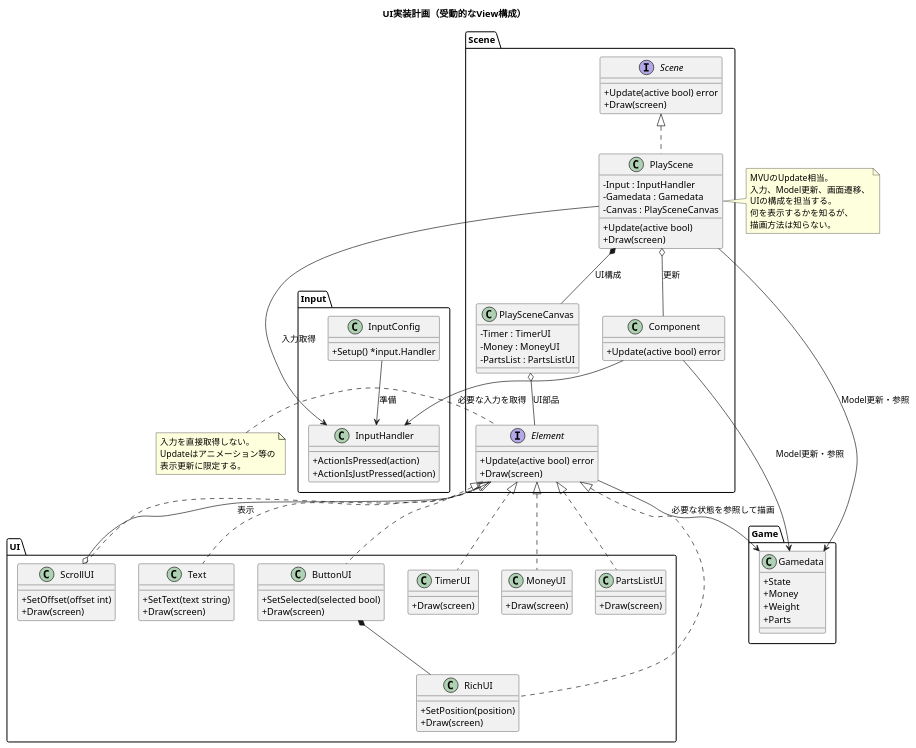
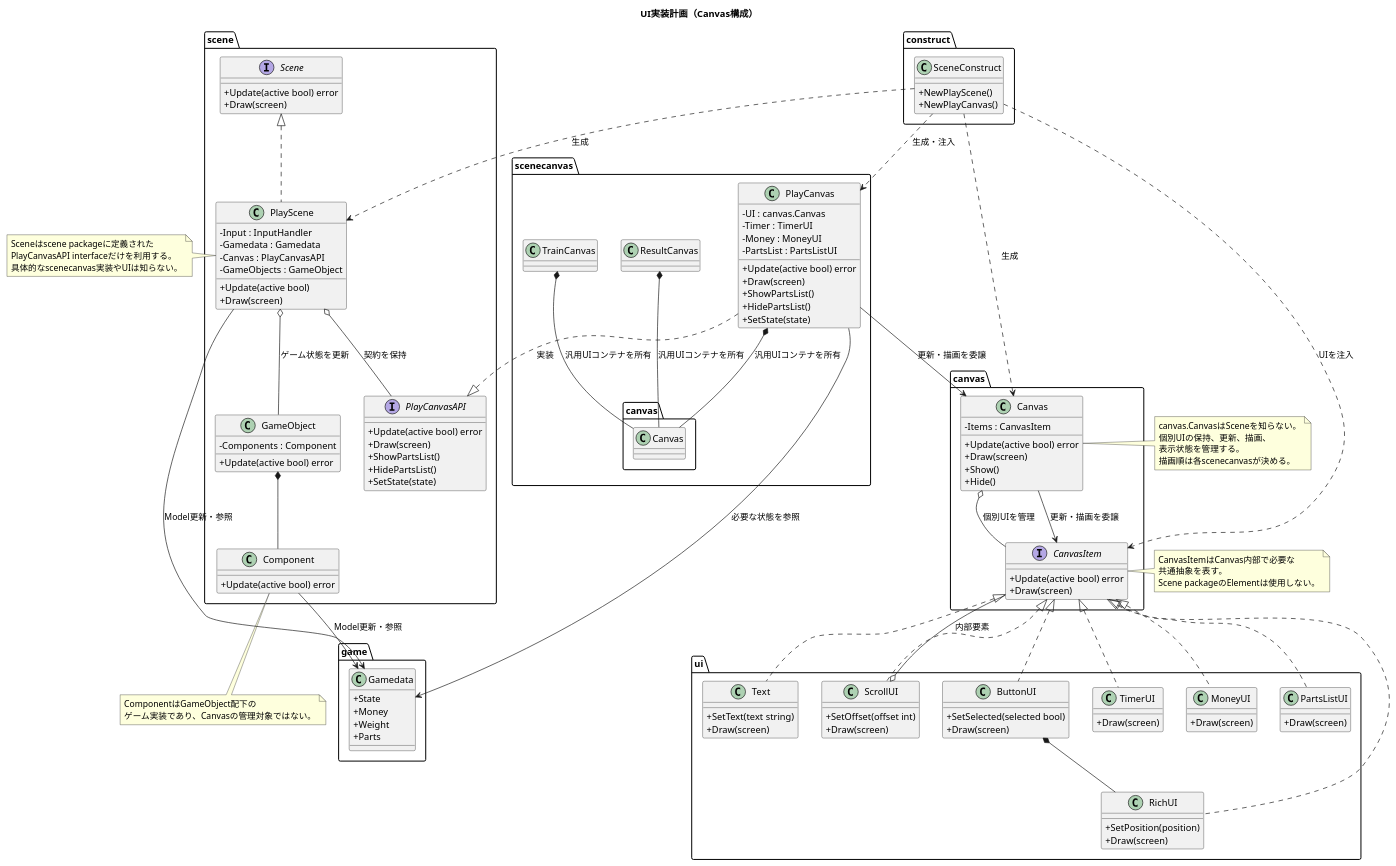
One commit to kmc-jp/Gamedev_Tempura-of-p--Phenylazo-phenol changed the diagram in Docs/UIRefactoring/UI_architecture_class_diagram.puml. Above: the diagram before and after it, drawn with PlantUML. The commit also changed 2 other files, not shown here.

```diff
--- a/Docs/UIRefactoring/UI_architecture_class_diagram.puml
+++ b/Docs/UIRefactoring/UI_architecture_class_diagram.puml
@@ -1,127 +1,192 @@
 @startuml UIArchitecture
-title UI実装計画（受動的なView構成）
+title UI実装計画（Canvas構成）
 
 skinparam classAttributeIconSize 0
 
-package "Input" {
-    class InputConfig {
-        +Setup() *input.Handler
-    }
+' package "input" {
+'     class InputConfig {
+'         +Setup() *input.Handler
+'     }
 
-    class InputHandler {
-        +ActionIsPressed(action)
-        +ActionIsJustPressed(action)
-    }
+'     class InputHandler {
+'         +ActionIsPressed(action)
+'         +ActionIsJustPressed(action)
+'     }
 
-    InputConfig --> InputHandler : 準備
-}
+'     InputConfig --> InputHandler : 準備
+' }
 
-package "Game" {
+package "game" {
     class Gamedata {
         +State
         +Money
         +Weight
         +Parts
     }
 }
 
-package "Scene" {
+package "scene" {
     interface Scene {
         +Update(active bool) error
         +Draw(screen)
     }
 
     class PlayScene {
         -Input : InputHandler
         -Gamedata : Gamedata
-        -Canvas : PlaySceneCanvas
+        -Canvas : PlayCanvasAPI
+        -GameObjects : GameObject
         +Update(active bool)
         +Draw(screen)
     }
 
-    class PlaySceneCanvas {
-        -Timer : TimerUI
-        -Money : MoneyUI
-        -PartsList : PartsListUI
+    interface PlayCanvasAPI {
+        +Update(active bool) error
+        +Draw(screen)
+        +ShowPartsList()
+        +HidePartsList()
+        +SetState(state)
+    }
+
+    class GameObject {
+        -Components : Component
+        +Update(active bool) error
     }
 
     class Component {
         +Update(active bool) error
     }
 
-    interface Element {
+    Scene <|.. PlayScene
+    PlayScene o-- GameObject : ゲーム状態を更新
+    GameObject *-- Component
+}
+
+package "scenecanvas" {
+    class PlayCanvas {
+        -UI : canvas.Canvas
+        -Timer : TimerUI
+        -Money : MoneyUI
+        -PartsList : PartsListUI
+        +Update(active bool) error
+        +Draw(screen)
+        +ShowPartsList()
+        +HidePartsList()
+        +SetState(state)
+    }
+
+    class ResultCanvas
+    class TrainCanvas
+
+    PlayCanvas ..|> scene.PlayCanvasAPI : 実装
+    PlayCanvas *-- canvas.Canvas : 汎用UIコンテナを所有
+    ResultCanvas *-- canvas.Canvas : 汎用UIコンテナを所有
+    TrainCanvas *-- canvas.Canvas : 汎用UIコンテナを所有
+}
+
+package "canvas" {
+    class Canvas {
+        -Items : CanvasItem
+        +Update(active bool) error
+        +Draw(screen)
+        +Show()
+        +Hide()
+    }
+
+    interface CanvasItem {
         +Update(active bool) error
         +Draw(screen)
     }
 
-    Scene <|.. PlayScene
-    PlayScene o-- Component : 更新
-    PlayScene *-- PlaySceneCanvas : UI構成
+    Canvas o-- CanvasItem : 個別UIを管理
 }
 
-package "UI" {
+package "ui" {
     class Text {
         +SetText(text string)
         +Draw(screen)
     }
 
     class RichUI {
         +SetPosition(position)
         +Draw(screen)
     }
 
     class ButtonUI {
         +SetSelected(selected bool)
         +Draw(screen)
     }
 
     class ScrollUI {
         +SetOffset(offset int)
         +Draw(screen)
     }
 
     class TimerUI {
         +Draw(screen)
     }
 
     class MoneyUI {
         +Draw(screen)
     }
 
     class PartsListUI {
         +Draw(screen)
     }
 
-    Element <|.. Text
-    Element <|.. RichUI
-    Element <|.. ButtonUI
-    Element <|.. ScrollUI
-    Element <|.. TimerUI
-    Element <|.. MoneyUI
-    Element <|.. PartsListUI
+    CanvasItem <|.. Text
+    CanvasItem <|.. RichUI
+    CanvasItem <|.. ButtonUI
+    CanvasItem <|.. ScrollUI
+    CanvasItem <|.. TimerUI
+    CanvasItem <|.. MoneyUI
+    CanvasItem <|.. PartsListUI
     ButtonUI *-- RichUI
-    ScrollUI o-- Element : 表示
+    ScrollUI o-- CanvasItem : 内部要素
 }
 
-PlayScene --> InputHandler : 入力取得
+package "construct" {
+    class SceneConstruct {
+        +NewPlayScene()
+        +NewPlayCanvas()
+    }
+}
+
+' PlayScene --> InputHandler : 入力取得
 PlayScene --> Gamedata : Model更新・参照
-PlaySceneCanvas o-- Element : UI部品
-Element --> Gamedata : 必要な状態を参照して描画
-Component --> InputHandler : 必要な入力を取得
+PlayScene o-- scene.PlayCanvasAPI : 契約を保持
+PlayCanvas --> Gamedata : 必要な状態を参照
+PlayCanvas --> canvas.Canvas : 更新・描画を委譲
+canvas.Canvas --> CanvasItem : 更新・描画を委譲
+' Component --> InputHandler : 必要な入力を取得
 Component --> Gamedata : Model更新・参照
+SceneConstruct ..> PlayScene : 生成
+SceneConstruct ..> PlayCanvas : 生成・注入
+SceneConstruct ..> canvas.Canvas : 生成
+SceneConstruct ..> CanvasItem : UIを注入
 
-note left of Element
-入力を直接取得しない。
-Updateはアニメーション等の
-表示更新に限定する。
+note left of PlayScene
+Sceneはscene packageに定義された
+PlayCanvasAPI interfaceだけを利用する。
+具体的なscenecanvas実装やUIは知らない。
 end note
 
-note right of PlayScene
-MVUのUpdate相当。
-入力、Model更新、画面遷移、
-UIの構成を担当する。
-何を表示するかを知るが、
-描画方法は知らない。
+note right of canvas.Canvas
+canvas.CanvasはSceneを知らない。
+個別UIの保持、更新、描画、
+表示状態を管理する。
+描画順は各scenecanvasが決める。
+end note
+
+note bottom of Component
+ComponentはGameObject配下の
+ゲーム実装であり、Canvasの管理対象ではない。
+end note
+
+note left of CanvasItem
+CanvasItemはCanvas内部で必要な
+共通抽象を表す。
+Scene packageのElementは使用しない。
 end note
 
 @enduml
```
